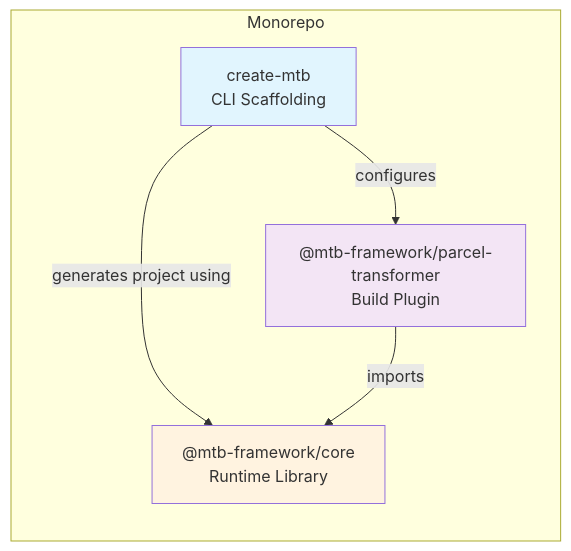
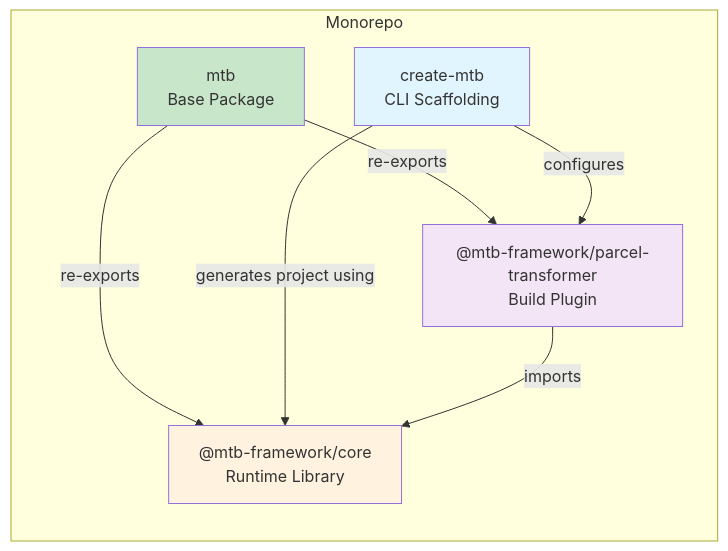
Before and after one commit to DiegoVallejoDev/mtb: the second of 4 diagrams in README.md, drawn with Mermaid. The commit also changed other lines of this file, not shown here.

Commit message:
docs: update main README with mtb package import options

````diff
--- a/README.md
+++ b/README.md
@@ -267,16 +295,20 @@
 ```mermaid
 graph LR
     subgraph "Monorepo"
+        MTB["mtb<br/>Base Package"]
         CREATE["create-mtb<br/>CLI Scaffolding"]
         CORE["@mtb-framework/core<br/>Runtime Library"]
         TRANSFORMER["@mtb-framework/parcel-transformer<br/>Build Plugin"]
     end
 
+    MTB -->|"re-exports"| CORE
+    MTB -->|"re-exports"| TRANSFORMER
     CREATE -->|"generates project using"| CORE
     CREATE -->|"configures"| TRANSFORMER
     TRANSFORMER -->|"imports"| CORE
 
+    style MTB fill:#c8e6c9
     style CREATE fill:#e1f5fe
     style CORE fill:#fff3e0
     style TRANSFORMER fill:#f3e5f5
 ```
````
